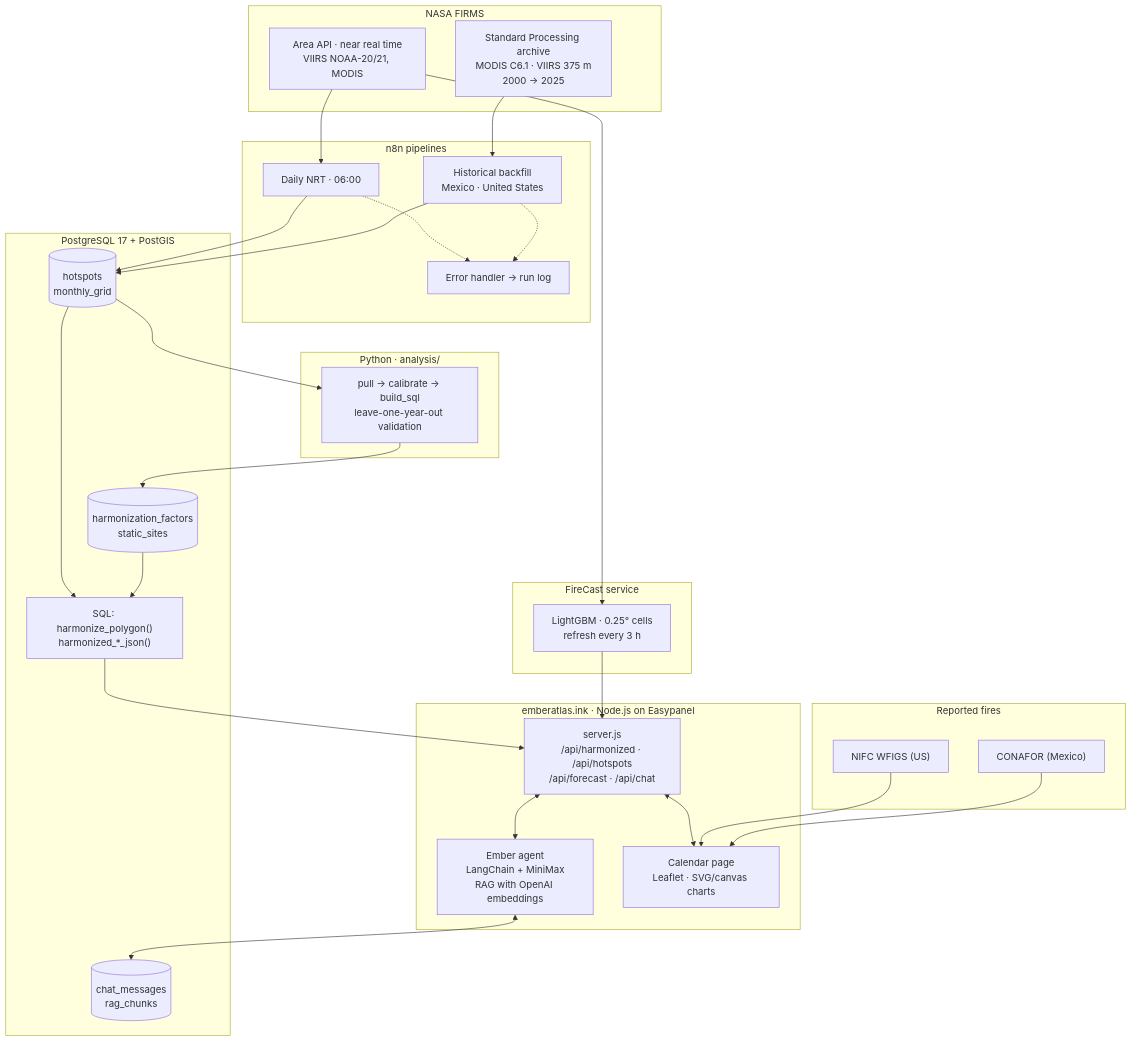
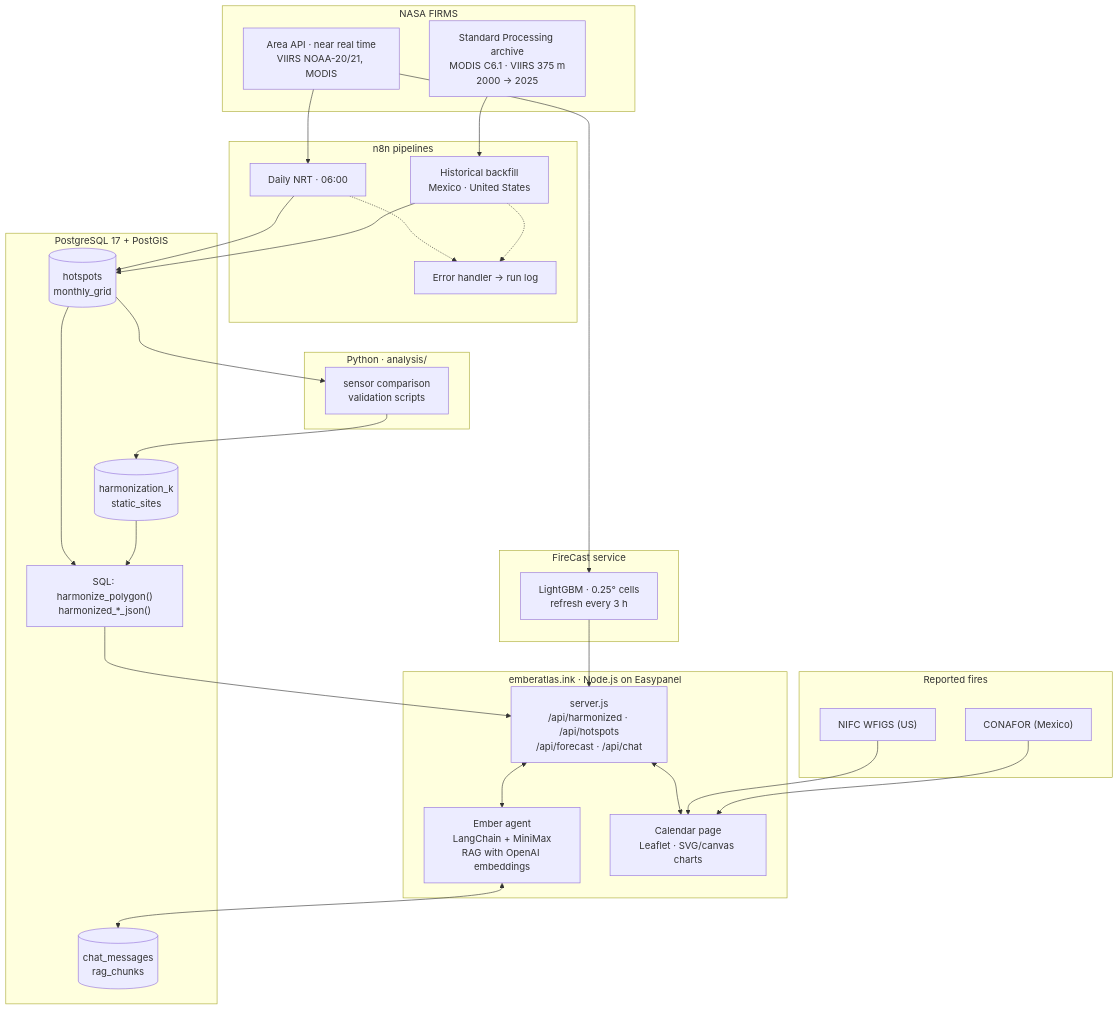
One commit to leonardos4enz/a11-nasa-2026 changed the first of 2 diagrams in README.md. Above: the diagram before and after it, drawn with Mermaid. The commit also changed other lines of this file and 15 other files, not shown here.

First line of the commit message:
Harmonization: one factor per calendar month (simple method)

````diff
--- a/README.md
+++ b/README.md
@@ -55,54 +55,54 @@
 ```mermaid
 flowchart TB
   subgraph NASA["NASA FIRMS"]
     SP["Standard Processing archive<br/>MODIS C6.1 · VIIRS 375 m<br/>2000 → 2025"]
     NRT["Area API · near real time<br/>VIIRS NOAA-20/21, MODIS"]
   end
   subgraph OTHER["Reported fires"]
     CON["CONAFOR (Mexico)"]
     NIFC["NIFC WFIGS (US)"]
   end
 
   subgraph PIPE["n8n pipelines"]
     BF["Historical backfill<br/>Mexico · United States"]
     DAILY["Daily NRT · 06:00"]
     ERR["Error handler → run log"]
   end
 
   subgraph DB["PostgreSQL 17 + PostGIS"]
     HS[("hotspots<br/>monthly_grid")]
-    HF[("harmonization_factors<br/>static_sites")]
+    HF[("harmonization_k<br/>static_sites")]
     FN["SQL: harmonize_polygon()<br/>harmonized_*_json()"]
     CHAT[("chat_messages<br/>rag_chunks")]
   end
 
   subgraph ML["Python · analysis/"]
-    CAL["pull → calibrate → build_sql<br/>leave-one-year-out validation"]
+    CAL["sensor comparison<br/>validation scripts"]
   end
 
   subgraph FC["FireCast service"]
     LGBM["LightGBM · 0.25° cells<br/>refresh every 3 h"]
   end
 
   subgraph APP["emberatlas.ink · Node.js on Easypanel"]
     SRV["server.js<br/>/api/harmonized · /api/hotspots<br/>/api/forecast · /api/chat"]
     AG["Ember agent<br/>LangChain + MiniMax<br/>RAG with OpenAI embeddings"]
     WEB["Calendar page<br/>Leaflet · SVG/canvas charts"]
   end
 
   SP --> BF --> HS
   NRT --> DAILY --> HS
   BF -.-> ERR
   DAILY -.-> ERR
   HS --> CAL --> HF
   HF --> FN
   HS --> FN
   NRT --> LGBM
   CON --> WEB
   NIFC --> WEB
   FN --> SRV
   LGBM --> SRV
   SRV <--> AG
   AG <--> CHAT
   SRV <--> WEB
 ```
````
